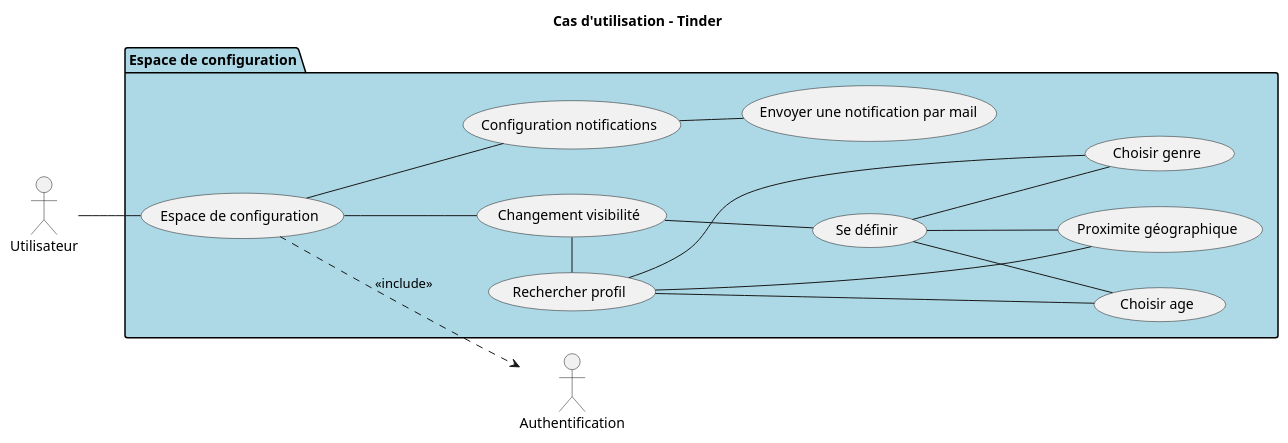
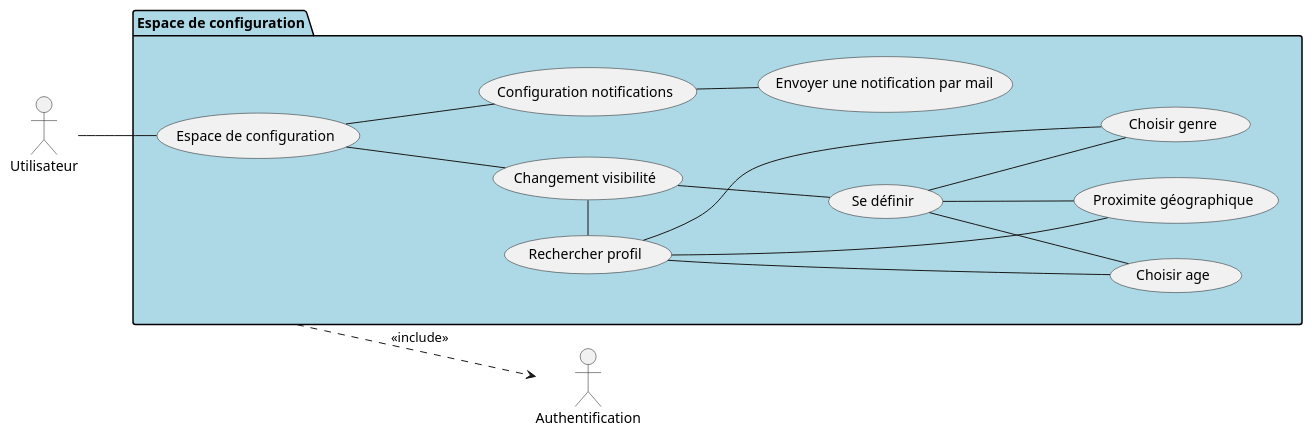
The diagram in src/Projet_Tinder_Cas_Utilisation_Espace_De_Configuration.puml (MinaroliCorentin/PSO), drawn with PlantUML before and after one commit. The commit also changed 8 other files, not shown here.

Commit message:
Splitages des différentes UML en sous-UML

```diff
--- a/src/Projet_Tinder_Cas_Utilisation_Espace_De_Configuration.puml
+++ b/src/Projet_Tinder_Cas_Utilisation_Espace_De_Configuration.puml
@@ -1,44 +1,44 @@
 @startuml
 
 left to right direction
-title Cas d'utilisation - Tinder
 
 'Acteurs'
 actor Utilisateur
 actor "Authentification"
-
 
 package "Espace de configuration" #LightBlue {
 
     usecase "Espace de configuration" as config_espace
     usecase "Changement visibilité" as config_visibilite
     usecase "Proximite géographique" as config_proximite
     usecase "Choisir age" as config_age
     usecase "Choisir genre" as config_genre
     usecase "Se définir" as config_ses_critere_visibilite
     usecase "Rechercher profil" as config_critere_visibilite_autres
     usecase "Configuration notifications" as config_notif
     usecase "Envoyer une notification par mail" as config_mail
 
     Utilisateur -- config_espace
 
     config_espace -- config_visibilite
     config_espace -- config_notif
-    config_espace ..> Authentification : <<include>>
 
     config_notif -- config_mail
 
     config_visibilite -- config_ses_critere_visibilite
     config_visibilite -left- config_critere_visibilite_autres
 
     config_critere_visibilite_autres -up- config_proximite
     config_critere_visibilite_autres -up- config_age
     config_critere_visibilite_autres -up- config_genre
 
     config_ses_critere_visibilite -down- config_proximite
     config_ses_critere_visibilite -down- config_age
     config_ses_critere_visibilite -down- config_genre
 
 }
 
+    "Espace de configuration" ..> Authentification : <<include>>
+
+
 @enduml
```
